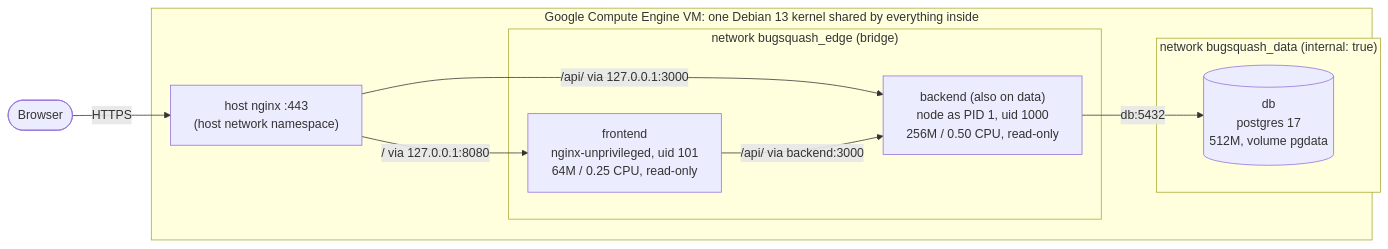
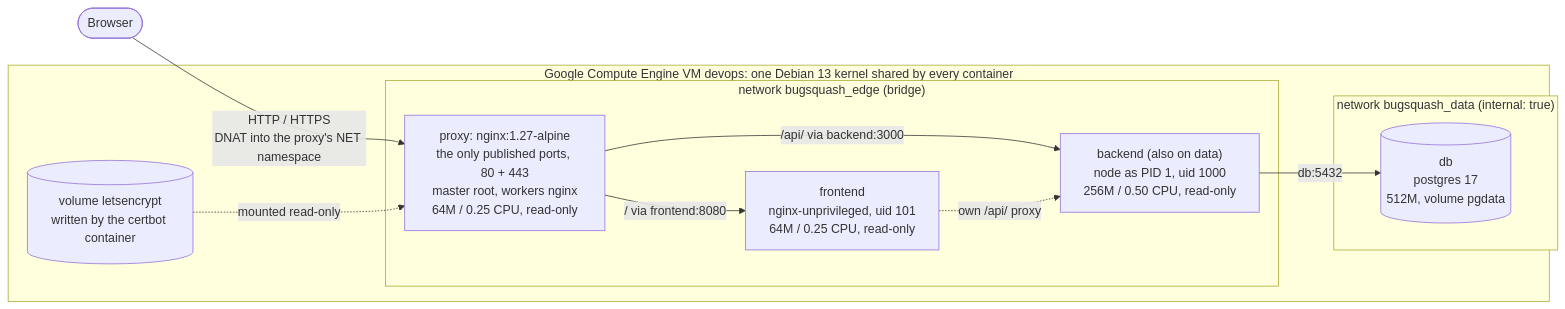
Before and after one commit to Ahmet-Kaplan/DevOps_course: the fifth of 5 diagrams in docs/containers-deep-dive.md, drawn with Mermaid. The commit also changed other lines of this file and 1 other file, not shown here.

````diff
--- a/docs/containers-deep-dive.md
+++ b/docs/containers-deep-dive.md
@@ -1253,19 +1254,21 @@
 ```mermaid
 flowchart LR
     Browser(["Browser"])
-    subgraph HOST["Google Compute Engine VM: one Debian 13 kernel shared by everything inside"]
-        HN["host nginx :443<br/>(host network namespace)"]
+    subgraph HOST["Google Compute Engine VM devops: one Debian 13 kernel shared by every container"]
         subgraph EDGE["network bugsquash_edge (bridge)"]
+            PX["proxy: nginx:1.27-alpine<br/>the only published ports, 80 + 443<br/>master root, workers nginx<br/>64M / 0.25 CPU, read-only"]
             FE["frontend<br/>nginx-unprivileged, uid 101<br/>64M / 0.25 CPU, read-only"]
             BE["backend (also on data)<br/>node as PID 1, uid 1000<br/>256M / 0.50 CPU, read-only"]
         end
         subgraph DATA["network bugsquash_data (internal: true)"]
             DB[("db<br/>postgres 17<br/>512M, volume pgdata")]
         end
+        LE[("volume letsencrypt<br/>written by the certbot container")]
     end
-    Browser -->|"HTTPS"| HN
-    HN -->|"/api/ via 127.0.0.1:3000"| BE
-    HN -->|"/ via 127.0.0.1:8080"| FE
-    FE -->|"/api/ via backend:3000"| BE
+    Browser -->|"HTTP / HTTPS<br/>DNAT into the proxy's NET namespace"| PX
+    PX -->|"/api/ via backend:3000"| BE
+    PX -->|"/ via frontend:8080"| FE
+    FE -.->|"own /api/ proxy"| BE
     BE -->|"db:5432"| DB
+    LE -.->|"mounted read-only"| PX
 ```
````
